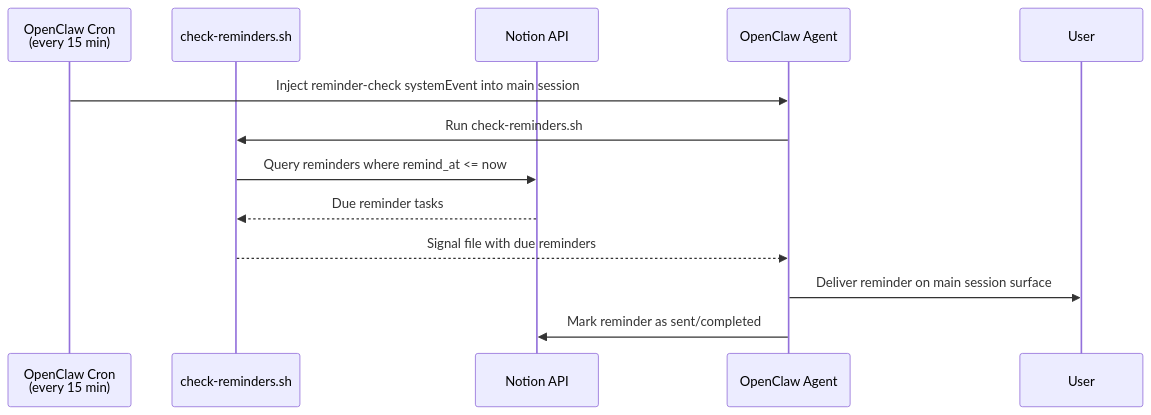
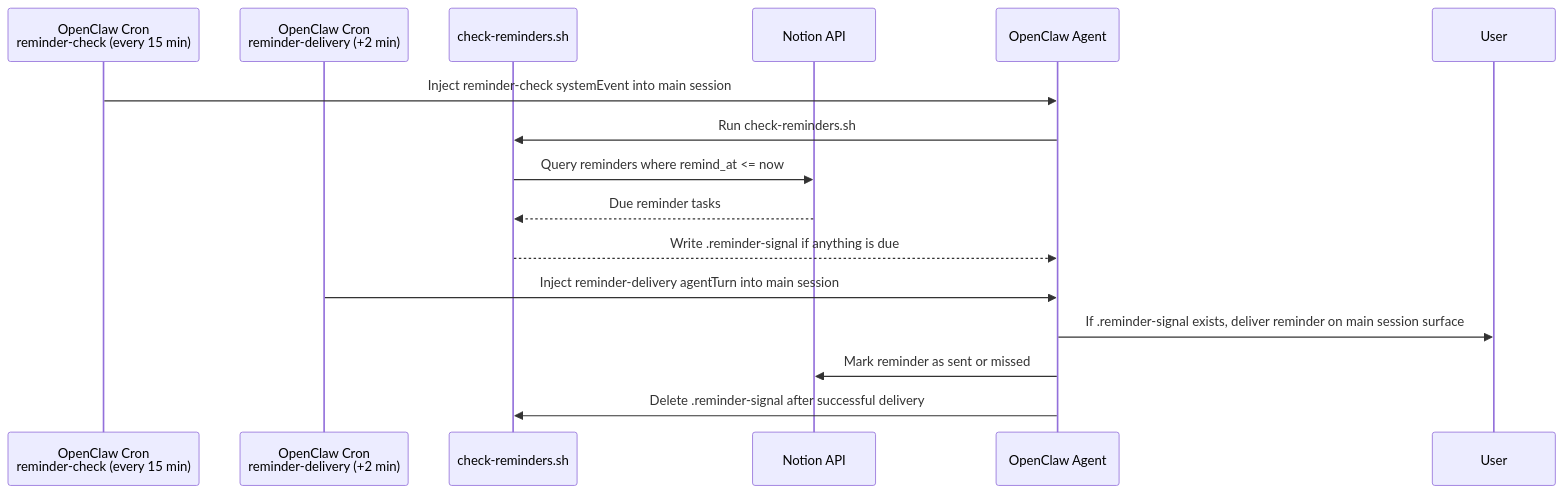
Before and after one commit to NickBorgersProbably/hide-my-list: the fifth of 6 diagrams in docs/architecture.md, drawn with Mermaid. The commit also changed other lines of this file and 12 other files, not shown here.

Commit message:
Split reminder-check into polling and delivery cron jobs

````diff
--- a/docs/architecture.md
+++ b/docs/architecture.md
@@ -198,16 +200,19 @@
 ```mermaid
 sequenceDiagram
-    participant Cron as OpenClaw Cron<br/>(every 15 min)
+    participant CheckCron as OpenClaw Cron<br/>reminder-check (every 15 min)
+    participant DeliveryCron as OpenClaw Cron<br/>reminder-delivery (+2 min)
     participant Script as check-reminders.sh
     participant Notion as Notion API
     participant Agent as OpenClaw Agent
     participant User
 
-    Cron->>Agent: Inject reminder-check systemEvent into main session
+    CheckCron->>Agent: Inject reminder-check systemEvent into main session
     Agent->>Script: Run check-reminders.sh
     Script->>Notion: Query reminders where remind_at <= now
     Notion-->>Script: Due reminder tasks
-    Script-->>Agent: Signal file with due reminders
-    Agent->>User: Deliver reminder on main session surface
-    Agent->>Notion: Mark reminder as sent/completed
+    Script-->>Agent: Write .reminder-signal if anything is due
+    DeliveryCron->>Agent: Inject reminder-delivery agentTurn into main session
+    Agent->>User: If .reminder-signal exists, deliver reminder on main session surface
+    Agent->>Notion: Mark reminder as sent or missed
+    Agent->>Script: Delete .reminder-signal after successful delivery
 ```
````
